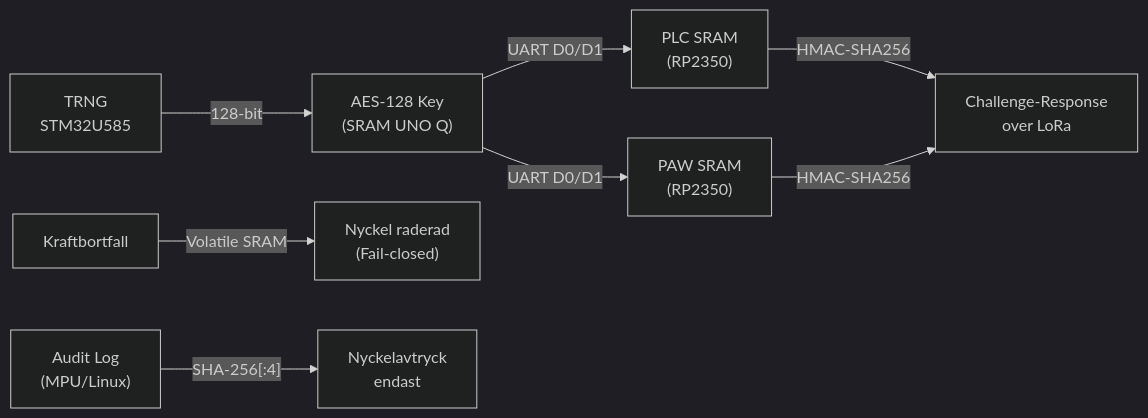
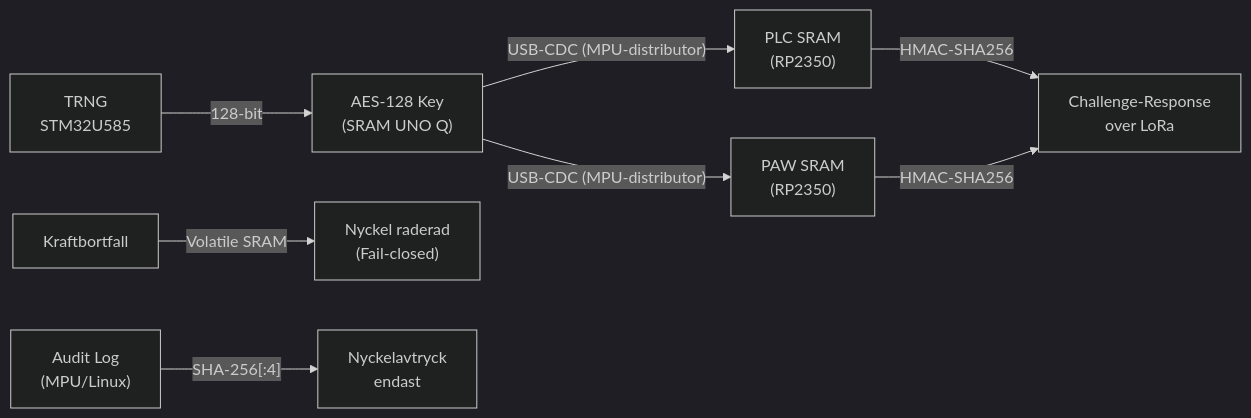
Before and after one commit to Tripl321/yh-contact-auth-projektarbete: the third of 5 diagrams in docs/02-arkitektur.md, drawn with Mermaid (dark theme). The commit also changed other lines of this file and 5 other files, not shown here.

First line of the commit message:
PRO-46 USB-C: MPU distributor + one-shot MCU export, Serial1 sender removed

````diff
--- a/docs/02-arkitektur.md
+++ b/docs/02-arkitektur.md
@@ -100,10 +100,10 @@
 ```mermaid
 graph LR
     A["TRNG<br/>STM32U585"] -->|"128-bit"| B["AES-128 Key<br/>(SRAM UNO Q)"]
-    B -->|"UART D0/D1"| C["PLC SRAM<br/>(RP2350)"]
-    B -->|"UART D0/D1"| D["PAW SRAM<br/>(RP2350)"]
+    B -->|"USB-CDC (MPU-distributor)"| C["PLC SRAM<br/>(RP2350)"]
+    B -->|"USB-CDC (MPU-distributor)"| D["PAW SRAM<br/>(RP2350)"]
     C -->|"HMAC-SHA256"| E["Challenge-Response<br/>over LoRa"]
     D -->|"HMAC-SHA256"| E
     F["Kraftbortfall"] -->|"Volatile SRAM"| G["Nyckel raderad<br/>(Fail-closed)"]
     H["Audit Log<br/>(MPU/Linux)"] -->|"SHA-256[:4]"| I["Nyckelavtryck<br/>endast"]
 ```
````
